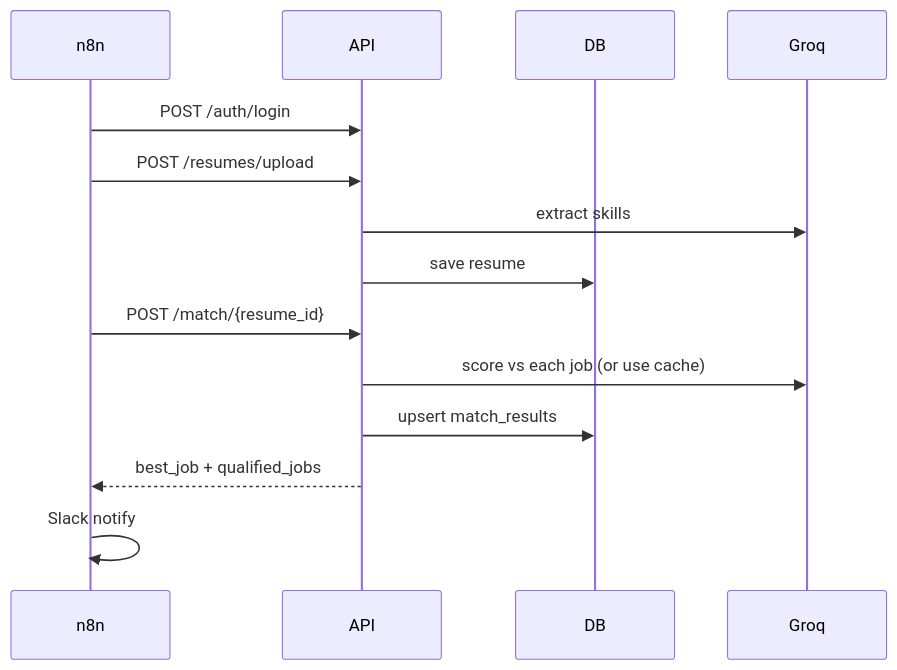
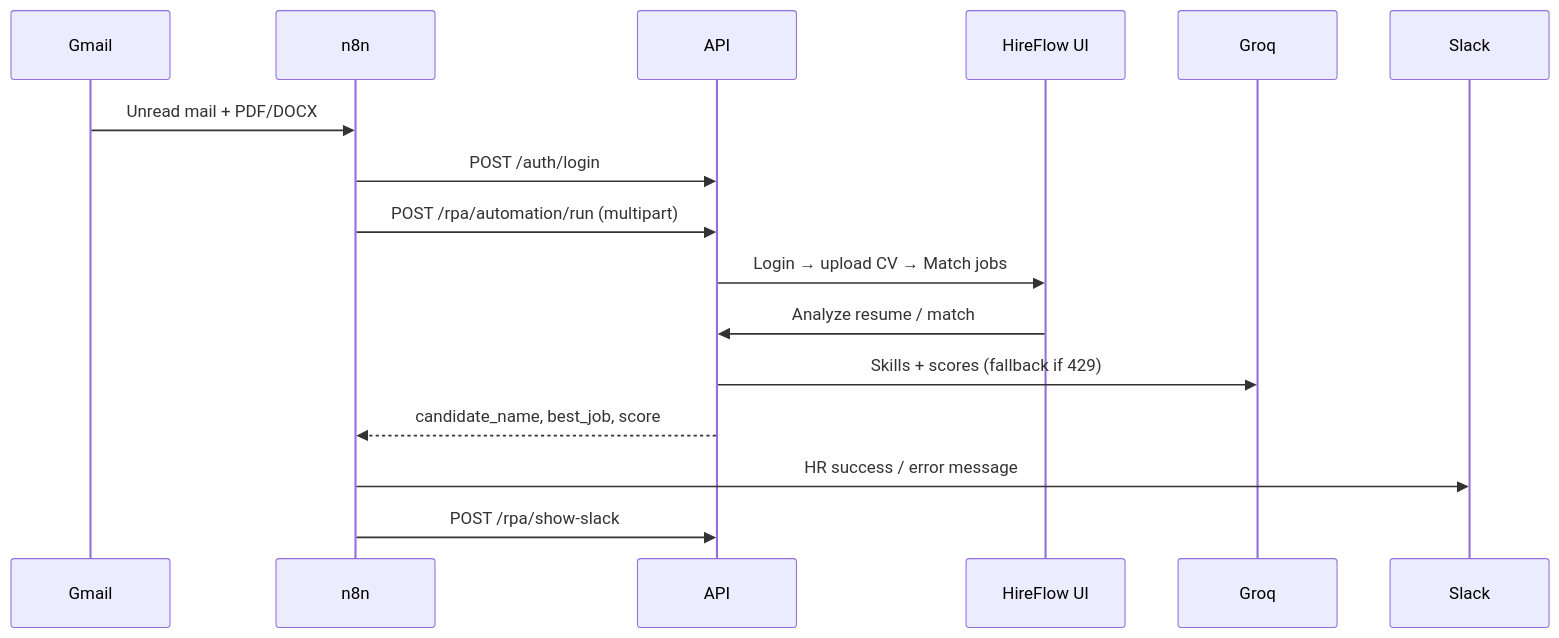
Before and after one commit to aliashrafabbasi/hireflow-ai-backend: the second of 5 diagrams in README.md, drawn with Mermaid. The commit also changed other lines of this file and 31 other files, not shown here.

First line of the commit message:
feat: add visible RPA mail pipeline, checked-by matching, and docs

````diff
--- a/README.md
+++ b/README.md
@@ -20,17 +25,19 @@
 ```mermaid
 sequenceDiagram
+  participant Gmail
   participant n8n
   participant API
-  participant DB
+  participant UI as HireFlow UI
   participant Groq
+  participant Slack
 
+  Gmail->>n8n: Unread mail + PDF/DOCX
   n8n->>API: POST /auth/login
-  n8n->>API: POST /resumes/upload
-  API->>Groq: extract skills
-  API->>DB: save resume
-  n8n->>API: POST /match/{resume_id}
-  API->>Groq: score vs each job (or use cache)
-  API->>DB: upsert match_results
-  API-->>n8n: best_job + qualified_jobs
-  n8n->>n8n: Slack notify
+  n8n->>API: POST /rpa/automation/run (multipart)
+  API->>UI: Login → upload CV → Match jobs
+  UI->>API: Analyze resume / match
+  API->>Groq: Skills + scores (fallback if 429)
+  API-->>n8n: candidate_name, best_job, score
+  n8n->>Slack: HR success / error message
+  n8n->>API: POST /rpa/show-slack
 ```
````
